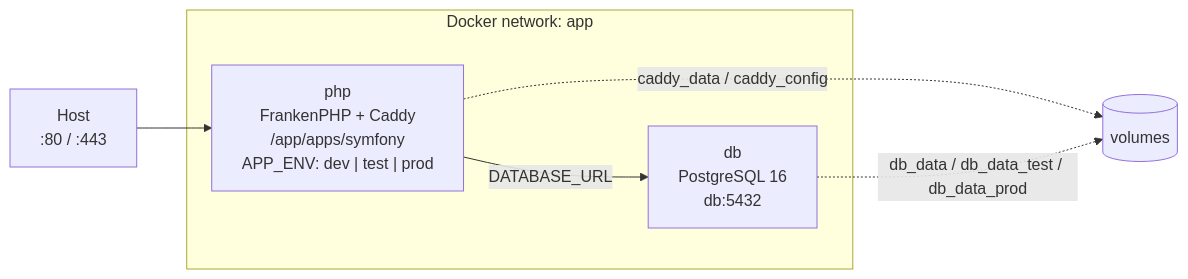
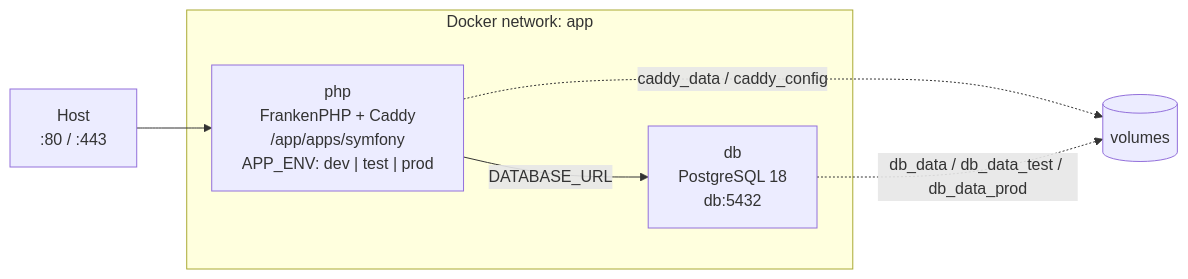
One commit to Koaden/symfony-hexa-archi-template changed the diagram in docs/docker.md. Above: the diagram before and after it, drawn with Mermaid. The commit also changed other lines of this file and 3 other files, not shown here.

Commit message:
refactor: update PostgreSQL

````diff
--- a/docs/docker.md
+++ b/docs/docker.md
@@ -7,13 +7,13 @@
 ```mermaid
 flowchart LR
     H["Host<br/>:80 / :443"] --> P
 
     subgraph APP["Docker network: app"]
         P["php<br/>FrankenPHP + Caddy<br/>/app/apps/symfony<br/>APP_ENV: dev | test | prod"]
-        D["db<br/>PostgreSQL 16<br/>db:5432"]
+        D["db<br/>PostgreSQL 18<br/>db:5432"]
         P -->|"DATABASE_URL"| D
     end
 
     P -.->|"caddy_data / caddy_config"| CV[("volumes")]
     D -.->|"db_data / db_data_test / db_data_prod"| CV
 ```
````
